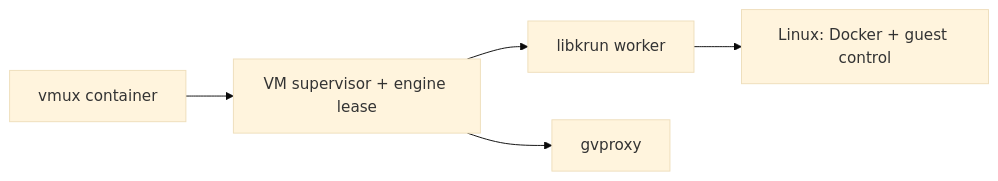
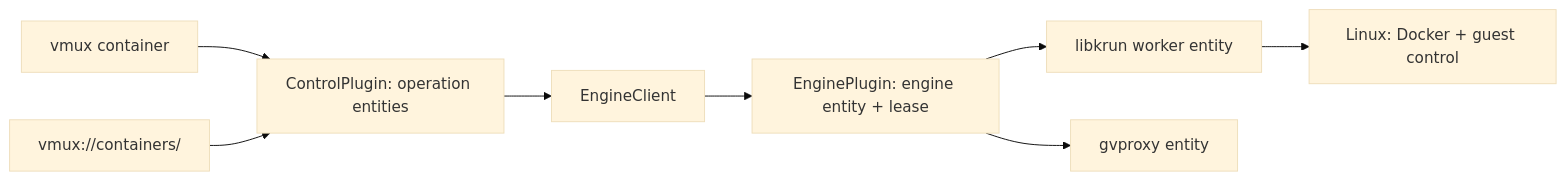
Before and after one commit to vmux-ai/vmux: diagram 11 of 11 in docs/architecture.md, drawn with Mermaid (base theme). The commit also changed other lines of this file and 35 other files, not shown here.

Commit message:
feat(container): expose ECS engine controls in the app

````diff
--- a/docs/architecture.md
+++ b/docs/architecture.md
@@ -1749,7 +1757,10 @@
 ```mermaid
 flowchart LR
-    cli["vmux container"] --> supervisor["VM supervisor + engine lease"]
-    supervisor --> worker["libkrun worker"]
-    supervisor --> network["gvproxy"]
+    cli["vmux container"] --> control["ControlPlugin: operation entities"]
+    page["vmux://containers/"] --> control
+    control --> client["EngineClient"]
+    client --> engine["EnginePlugin: engine entity + lease"]
+    engine --> worker["libkrun worker entity"]
+    engine --> network["gvproxy entity"]
     worker --> guest["Linux: Docker + guest control"]
 ```
````
